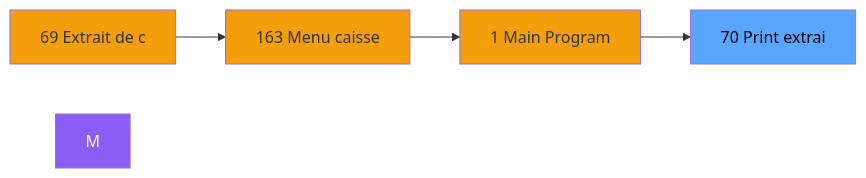
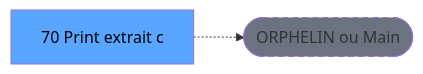
The second of 3 diagrams in .openspec/renders/ADH-IDE-70.md (thonyAGP/lecteur-magic), drawn with Mermaid before and after one commit. The commit also changed other lines of this file and 701 other files, not shown here.

````diff
--- a/.openspec/renders/ADH-IDE-70.md
+++ b/.openspec/renders/ADH-IDE-70.md
@@ -128,15 +124,8 @@
 ```mermaid
 graph LR
-    N69[69 Extrait de c]
-    N163[163 Menu caisse ]
-    N1[1 Main Program]
-    T[70 Print extrai]
-    N69 --> N163
-    N163 --> N1
-    N1 --> T
-    style M fill:#8b5cf6,color:#fff
-    style N69 fill:#f59e0b
-    style N163 fill:#f59e0b
-    style N1 fill:#f59e0b
+    T[70 Print extrait c]
+    ORPHAN([ORPHELIN ou Main])
+    T -.-> ORPHAN
     style T fill:#58a6ff,color:#000
+    style ORPHAN fill:#6b7280,stroke-dasharray: 5 5
 ```
````
